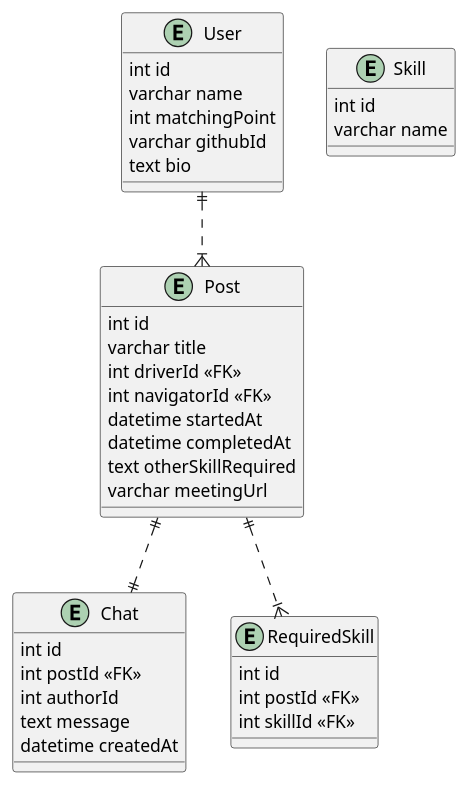
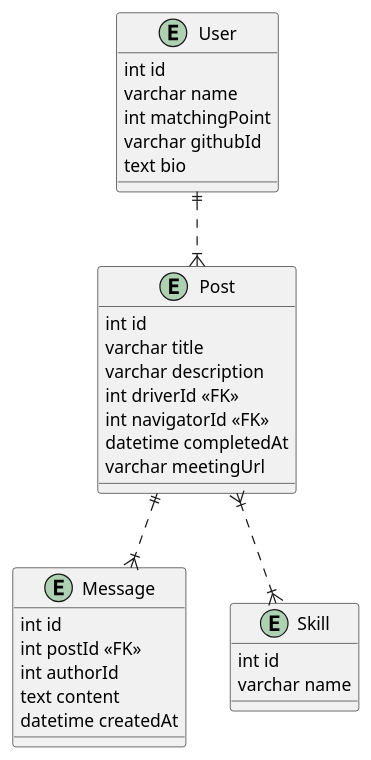
Before and after one commit to 42supporters-hackason/pair-pro: the diagram in docs/db.puml, drawn with PlantUML. The commit also changed 1 other file, not shown here.

```diff
--- a/docs/db.puml
+++ b/docs/db.puml
@@ -1,48 +1,38 @@
 @startuml P2P-matching db
 
 entity User {
   int id
   varchar name
   int matchingPoint
   varchar githubId
   text bio
 }
 
-' 認証
-entity Chat {
+entity Message {
   int id
   int postId <<FK>>
   int authorId
-  text message
+  text content
   datetime createdAt
 }
 
 entity Post {
   int id
   varchar title
+  varchar description
   int driverId <<FK>>
   int navigatorId <<FK>>
-  datetime startedAt
   datetime completedAt
-  text otherSkillRequired
   varchar meetingUrl
-}
-
-entity RequiredSkill {
-  int id
-  int postId <<FK>>
-  int skillId <<FK>>
 }
 
 entity Skill { 
   int id
   varchar name
 }
 
 User ||..|{ Post
-' UserSkill ||..|| Skill
-Post ||..|{ RequiredSkill
-' RequiredSkill ||..|| Skill
-Post ||..|| Chat
+Post }|..|{ Skill
+Post ||..|{ Message
 
 @enduml
```
